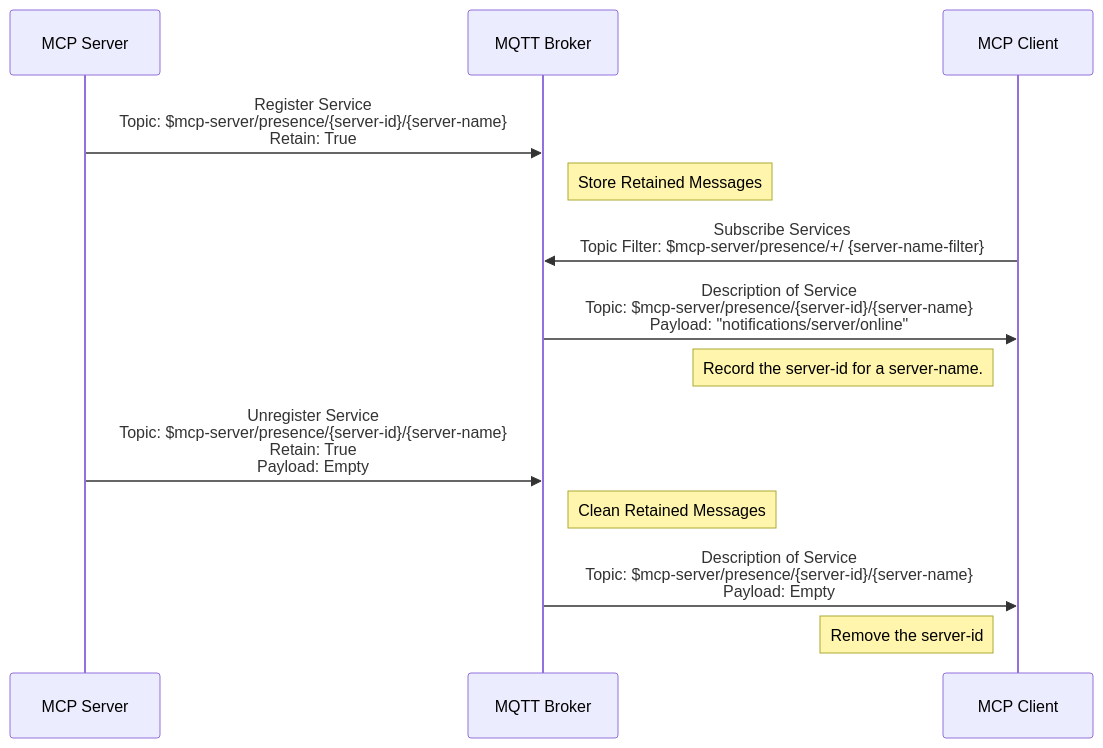
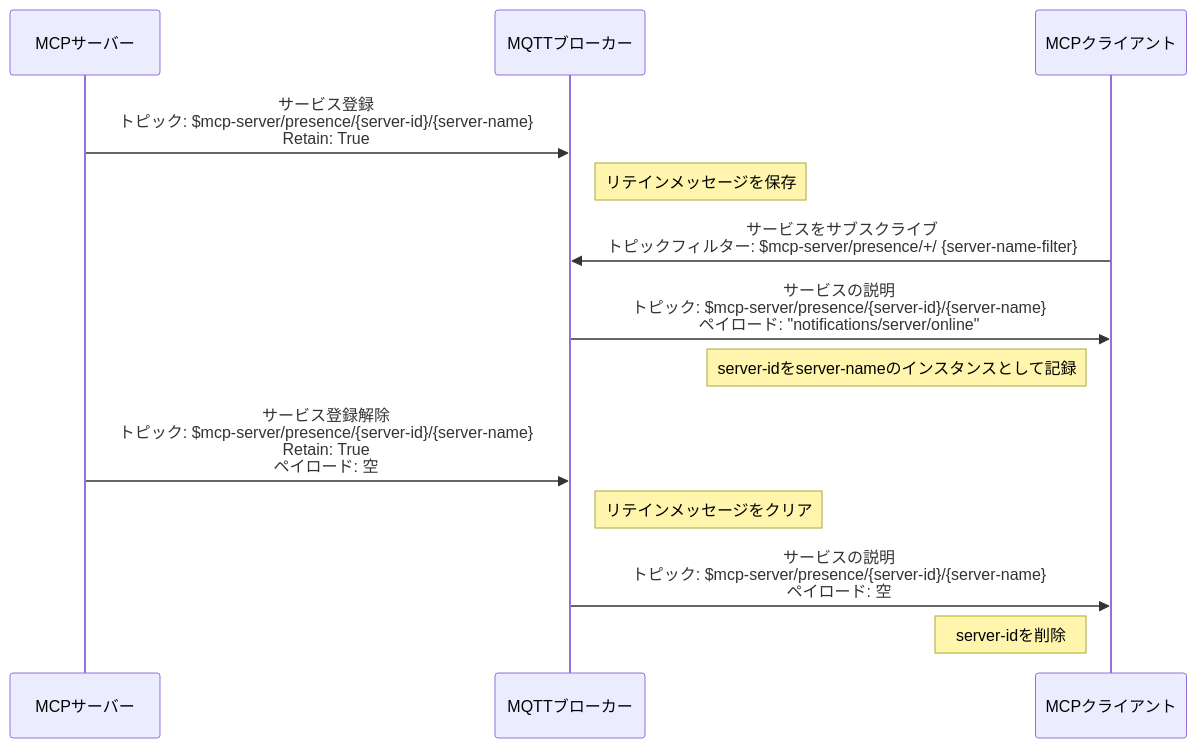
One commit to emqx/emqx-docs changed the first of 4 diagrams in ja_JP/emqx-ai/mcp-over-mqtt/specification.md. Above: the diagram before and after it, drawn with Mermaid. The commit also changed other lines of this file and 182 other files, not shown here.

````diff
--- a/ja_JP/emqx-ai/mcp-over-mqtt/specification.md
+++ b/ja_JP/emqx-ai/mcp-over-mqtt/specification.md
@@ -210,20 +208,20 @@
 ```mermaid
 sequenceDiagram
-    participant MCP_Server as MCP Server
-    participant MQTT_Broker as MQTT Broker
-    participant MCP_Client as MCP Client
+    participant MCP_Server as MCPサーバー
+    participant MQTT_Broker as MQTTブローカー
+    participant MCP_Client as MCPクライアント
 
-    MCP_Server ->> MQTT_Broker: Register Service<br/>Topic: $mcp-server/presence/{server-id}/{server-name}<br/>Retain: True
-    Note right of MQTT_Broker: Store Retained Messages
+    MCP_Server ->> MQTT_Broker: サービス登録<br/>トピック: $mcp-server/presence/{server-id}/{server-name}<br/>Retain: True
+    Note right of MQTT_Broker: リテインメッセージを保存
 
-    MCP_Client ->> MQTT_Broker: Subscribe Services<br/>Topic Filter: $mcp-server/presence/+/ {server-name-filter}
+    MCP_Client ->> MQTT_Broker: サービスをサブスクライブ<br/>トピックフィルター: $mcp-server/presence/+/ {server-name-filter}
 
-    MQTT_Broker ->> MCP_Client: Description of Service<br/>Topic: $mcp-server/presence/{server-id}/{server-name}<br/>Payload: "notifications/server/online"
-    Note left of MCP_Client: Record the server-id for a server-name.
+    MQTT_Broker ->> MCP_Client: サービスの説明<br/>トピック: $mcp-server/presence/{server-id}/{server-name}<br/>ペイロード: "notifications/server/online"
+    Note left of MCP_Client: server-idをserver-nameのインスタンスとして記録
 
-    MCP_Server ->> MQTT_Broker: Unregister Service<br/>Topic: $mcp-server/presence/{server-id}/{server-name}<br/>Retain: True<br/>Payload: Empty
-    Note right of MQTT_Broker: Clean Retained Messages
+    MCP_Server ->> MQTT_Broker: サービス登録解除<br/>トピック: $mcp-server/presence/{server-id}/{server-name}<br/>Retain: True<br/>ペイロード: 空
+    Note right of MQTT_Broker: リテインメッセージをクリア
 
-    MQTT_Broker ->> MCP_Client: Description of Service<br/>Topic: $mcp-server/presence/{server-id}/{server-name}<br/>Payload: Empty
-    Note left of MCP_Client: Remove the server-id
+    MQTT_Broker ->> MCP_Client: サービスの説明<br/>トピック: $mcp-server/presence/{server-id}/{server-name}<br/>ペイロード: 空
+    Note left of MCP_Client: server-idを削除
 ```
````
